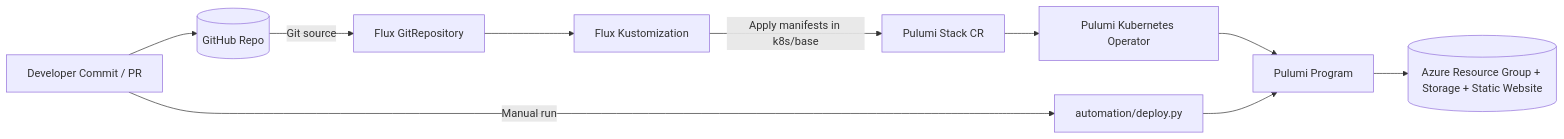
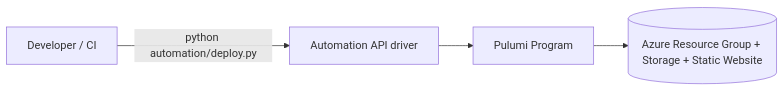
The diagram in README.md (rmiravalles/pulumi-automation-api), drawn with Mermaid before and after one commit. The commit also changed other lines of this file and 11 other files, not shown here.

First line of the commit message:
Remove Pulumi and Flux configurations and related scripts

````diff
--- a/README.md
+++ b/README.md
@@ -59,13 +47,6 @@
 ```mermaid
 flowchart LR
-	Dev[Developer Commit / PR] --> GitHub[(GitHub Repo)]
-	GitHub -->|Git source| FluxSrc[Flux GitRepository]
-	FluxSrc --> FluxKus[Flux Kustomization]
-	FluxKus -->|Apply manifests in k8s/base| StackCR[Pulumi Stack CR]
-	StackCR --> Operator[Pulumi Kubernetes Operator]
-	Operator --> PulumiProg[Pulumi Program]
+	Dev[Developer / CI] -->|python automation/deploy.py| Automation[Automation API driver]
+	Automation --> PulumiProg[Pulumi Program]
 	PulumiProg --> Azure[(Azure Resource Group + Storage + Static Website)]
-
-	Dev -->|Manual run| Automation[automation/deploy.py]
-	Automation --> PulumiProg
 ```
````
